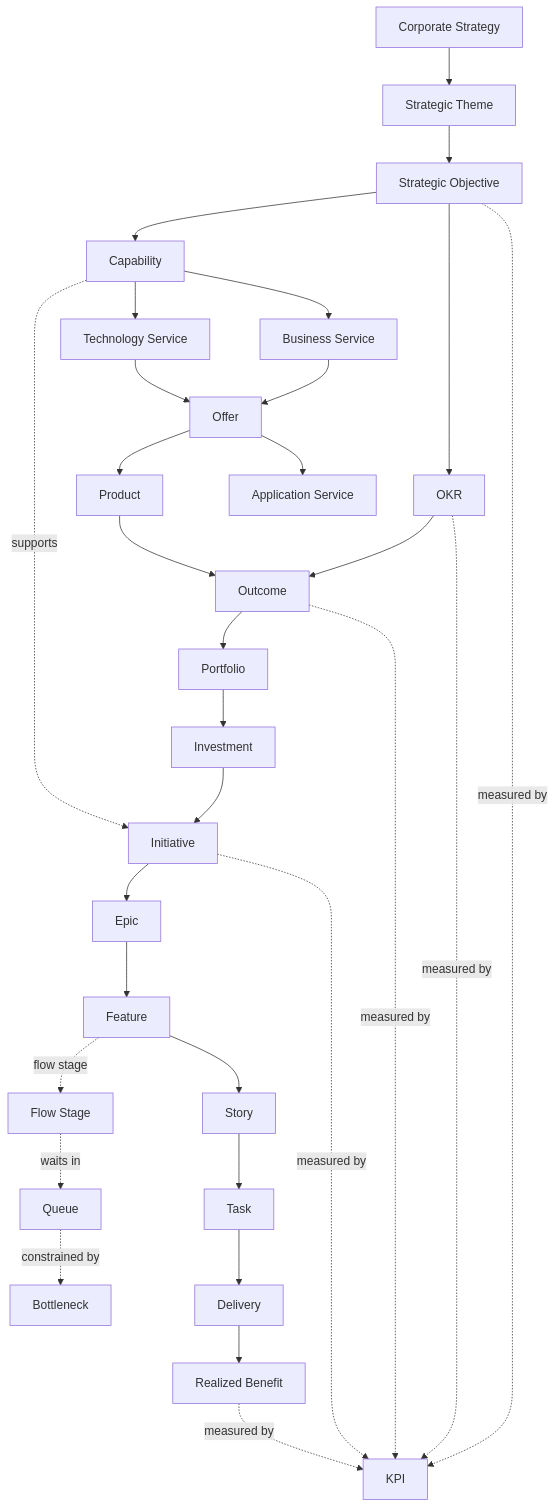
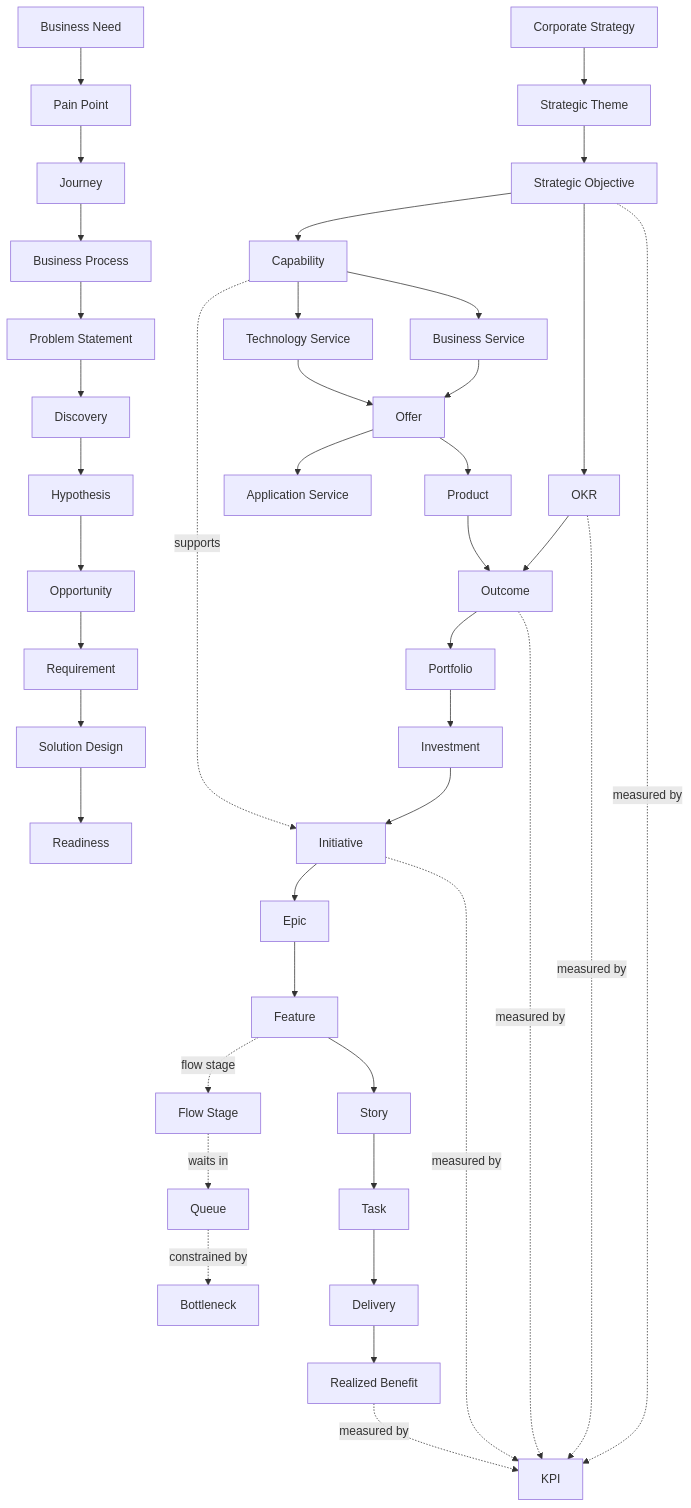
Before and after one commit to noxthor/edip: diagram 12 of 19 in docs/DOMAIN_MODEL.md, drawn with Mermaid. The commit also changed other lines of this file and 8 other files, not shown here.

````diff
--- a/docs/DOMAIN_MODEL.md
+++ b/docs/DOMAIN_MODEL.md
@@ -1494,33 +2178,43 @@
 ```mermaid
 flowchart TD
   Strategy[Corporate Strategy] --> Theme[Strategic Theme]
   Theme --> Objective[Strategic Objective]
   Objective --> OKR[OKR]
   OKR --> Outcome[Outcome]
   Objective --> Capability[Capability]
   Capability --> BusinessService[Business Service]
   Capability --> TechnologyService[Technology Service]
   BusinessService --> Offer[Offer]
   TechnologyService --> Offer
   Offer --> Product[Product]
   Offer --> ApplicationService[Application Service]
   Objective -. measured by .-> KPI[KPI]
   OKR -. measured by .-> KPI
   Outcome -. measured by .-> KPI
   Outcome --> Portfolio[Portfolio]
   Product --> Outcome
+  Need[Business Need] --> Pain[Pain Point]
+  Pain --> Journey[Journey]
+  Journey --> Process[Business Process]
+  Process --> Problem[Problem Statement]
+  Problem --> Discovery[Discovery]
+  Discovery --> Hypothesis[Hypothesis]
+  Hypothesis --> Opportunity[Opportunity]
+  Opportunity --> Requirement[Requirement]
+  Requirement --> Solution[Solution Design]
+  Solution --> Readiness[Readiness]
   Portfolio --> Investment[Investment]
   Investment --> Initiative[Initiative]
   Capability -. supports .-> Initiative
   Initiative -. measured by .-> KPI
   Initiative --> Epic[Epic]
   Epic --> DFeature[Feature]
   DFeature -. flow stage .-> FlowStage[Flow Stage]
   FlowStage -. waits in .-> Queue[Queue]
   Queue -. constrained by .-> Bottleneck[Bottleneck]
   DFeature --> Story[Story]
   Story --> Task[Task]
   Task --> Delivery[Delivery]
   Delivery --> Benefit[Realized Benefit]
   Benefit -. measured by .-> KPI
 ```
````
